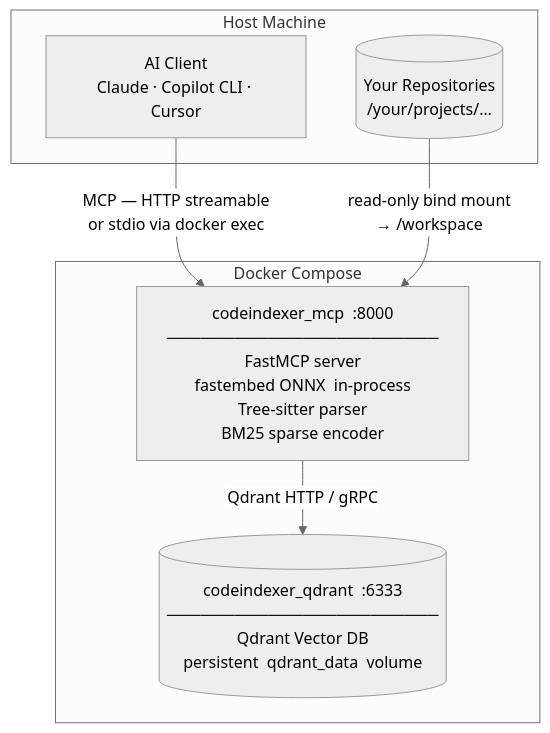
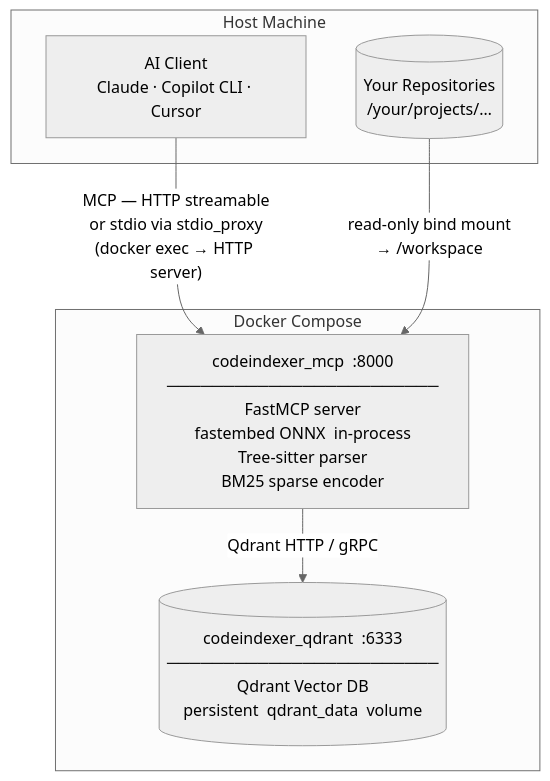
Before and after one commit to Tusquito/codebase-indexer-mcp: the first of 3 diagrams in README.md, drawn with Mermaid (neutral theme). The commit also changed other lines of this file, not shown here.

First line of the commit message:
docs(readme): update client config to use stdio_proxy and clarify WORKSPACE_ROOT

````diff
--- a/README.md
+++ b/README.md
@@ -16,16 +16,16 @@
 ```mermaid
 graph TD
     subgraph Host["Host Machine"]
         WS[("Your Repositories\n/your/projects/…")]
         AI["AI Client\nClaude · Copilot CLI · Cursor"]
     end
 
     subgraph Docker["Docker Compose"]
         MCP["codeindexer_mcp  :8000\n────────────────────────\nFastMCP server\nfastembed ONNX  in-process\nTree-sitter parser\nBM25 sparse encoder"]
         QD[("codeindexer_qdrant  :6333\n────────────────────────\nQdrant Vector DB\npersistent  qdrant_data  volume")]
     end
 
-    AI -- "MCP — HTTP streamable\nor stdio via docker exec" --> MCP
+    AI -- "MCP — HTTP streamable\nor stdio via stdio_proxy\n(docker exec → HTTP server)" --> MCP
     MCP -- "Qdrant HTTP / gRPC" --> QD
     WS -- "read-only bind mount\n→ /workspace" --> MCP
 ```
````
